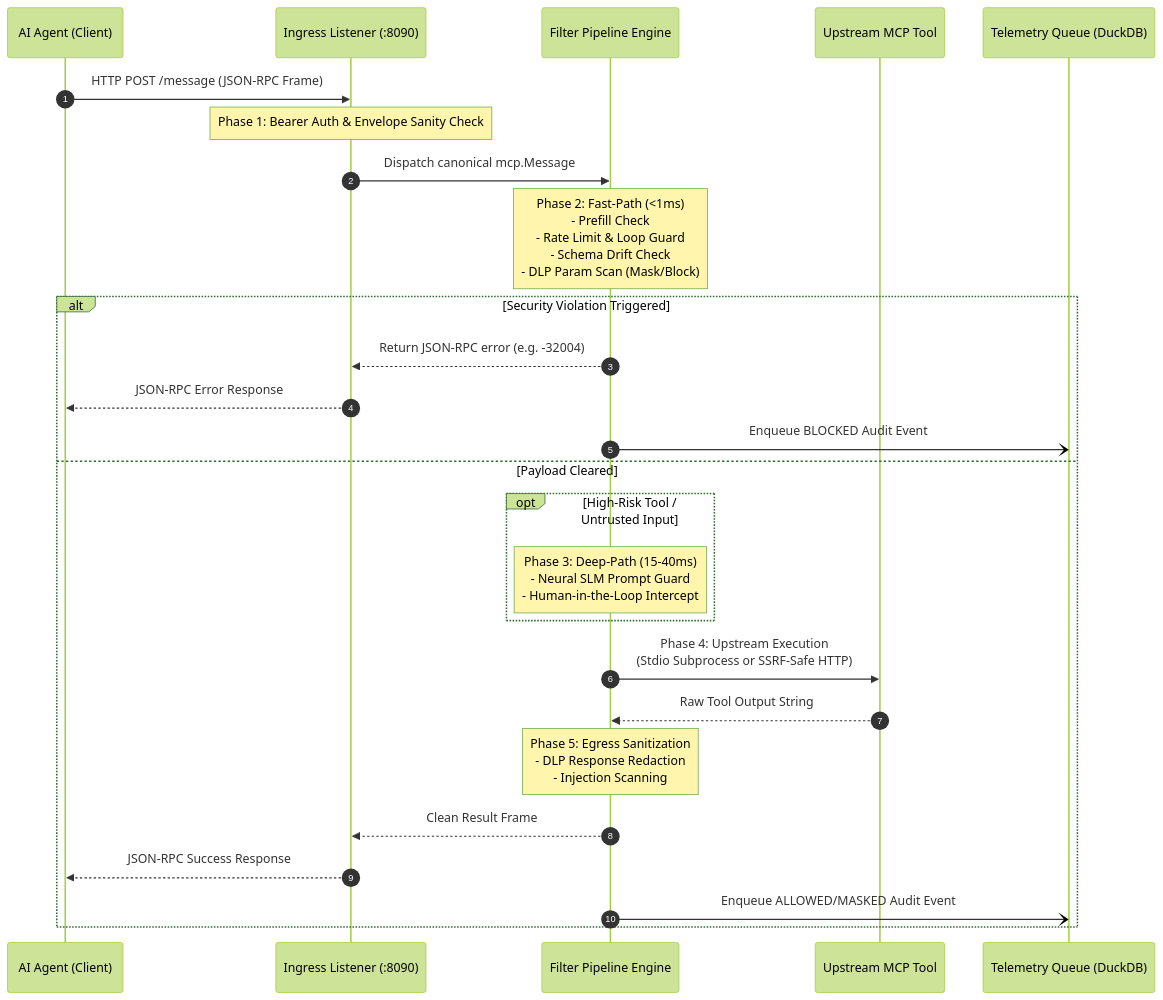
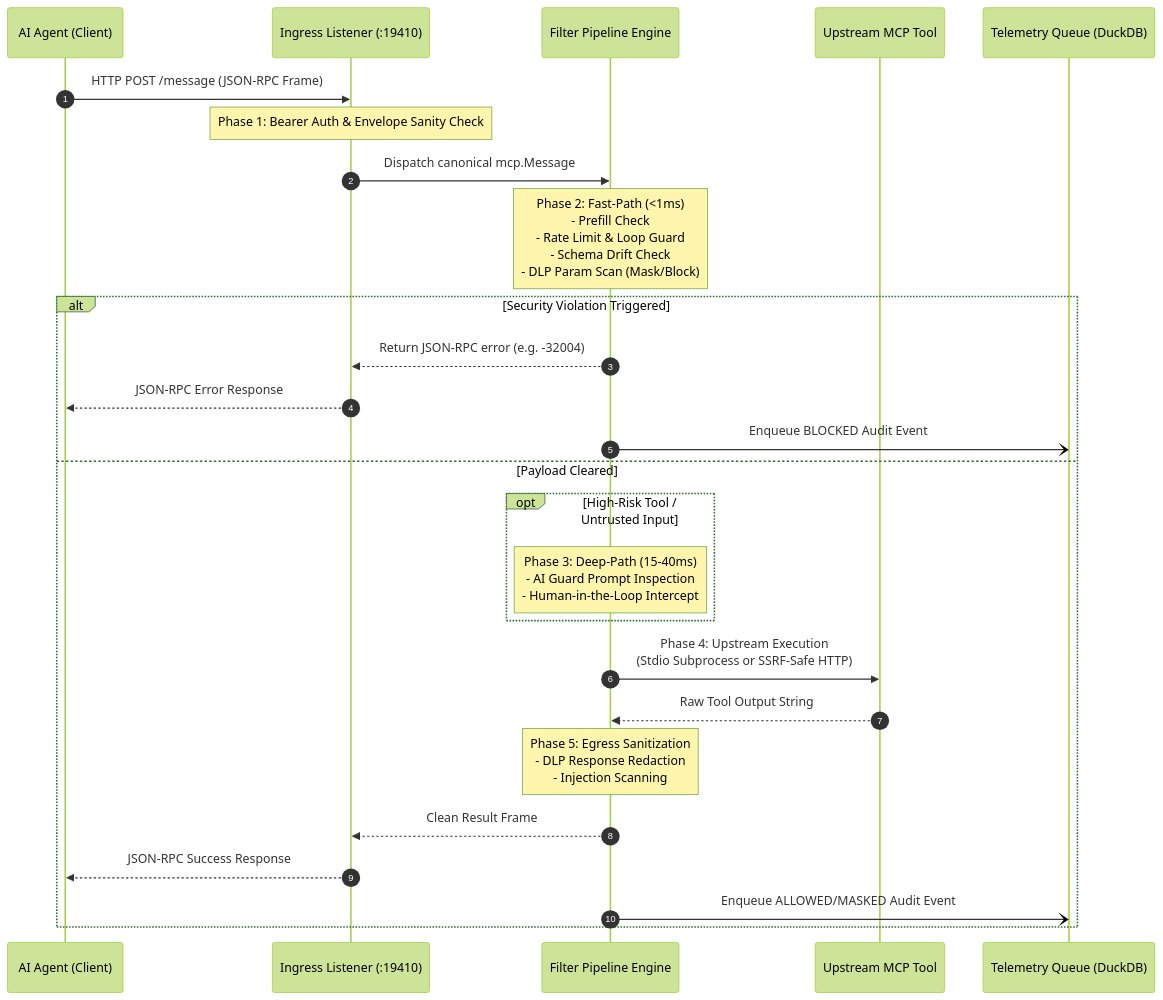
The diagram in docs/02-architecture/request-lifecycle.md (FaradAiLab/FaradAiWire), drawn with Mermaid (forest theme) before and after one commit. The commit also changed other lines of this file and 72 other files, not shown here.

Commit message:
refactor: rename SLM references and endpoints to AI Guard across codebase and docs

````diff
--- a/docs/02-architecture/request-lifecycle.md
+++ b/docs/02-architecture/request-lifecycle.md
@@ -10,34 +10,34 @@
 ```mermaid
 sequenceDiagram
     autonumber
     participant Agent as AI Agent (Client)
-    participant Ingress as Ingress Listener (:8090)
+    participant Ingress as Ingress Listener (:19410)
     participant Pipeline as Filter Pipeline Engine
     participant Target as Upstream MCP Tool
     participant Telemetry as Telemetry Queue (DuckDB)
 
     Agent->>Ingress: HTTP POST /message (JSON-RPC Frame)
     Note over Ingress: Phase 1: Bearer Auth & Envelope Sanity Check
     
     Ingress->>Pipeline: Dispatch canonical mcp.Message
     Note over Pipeline: Phase 2: Fast-Path (<1ms)<br/>- Prefill Check<br/>- Rate Limit & Loop Guard<br/>- Schema Drift Check<br/>- DLP Param Scan (Mask/Block)
 
     alt Security Violation Triggered
         Pipeline-->>Ingress: Return JSON-RPC error (e.g. -32004)
         Ingress-->>Agent: JSON-RPC Error Response
         Pipeline-)Telemetry: Enqueue BLOCKED Audit Event
     else Payload Cleared
         opt High-Risk Tool / Untrusted Input
-            Note over Pipeline: Phase 3: Deep-Path (15-40ms)<br/>- Neural SLM Prompt Guard<br/>- Human-in-the-Loop Intercept
+            Note over Pipeline: Phase 3: Deep-Path (15-40ms)<br/>- AI Guard Prompt Inspection<br/>- Human-in-the-Loop Intercept
         end
 
         Pipeline->>Target: Phase 4: Upstream Execution<br/>(Stdio Subprocess or SSRF-Safe HTTP)
         Target-->>Pipeline: Raw Tool Output String
         
         Note over Pipeline: Phase 5: Egress Sanitization<br/>- DLP Response Redaction<br/>- Injection Scanning
         
         Pipeline-->>Ingress: Clean Result Frame
         Ingress-->>Agent: JSON-RPC Success Response
         Pipeline-)Telemetry: Enqueue ALLOWED/MASKED Audit Event
     end
 ```
````
